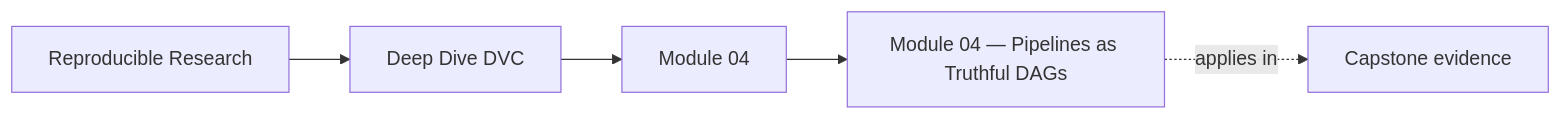
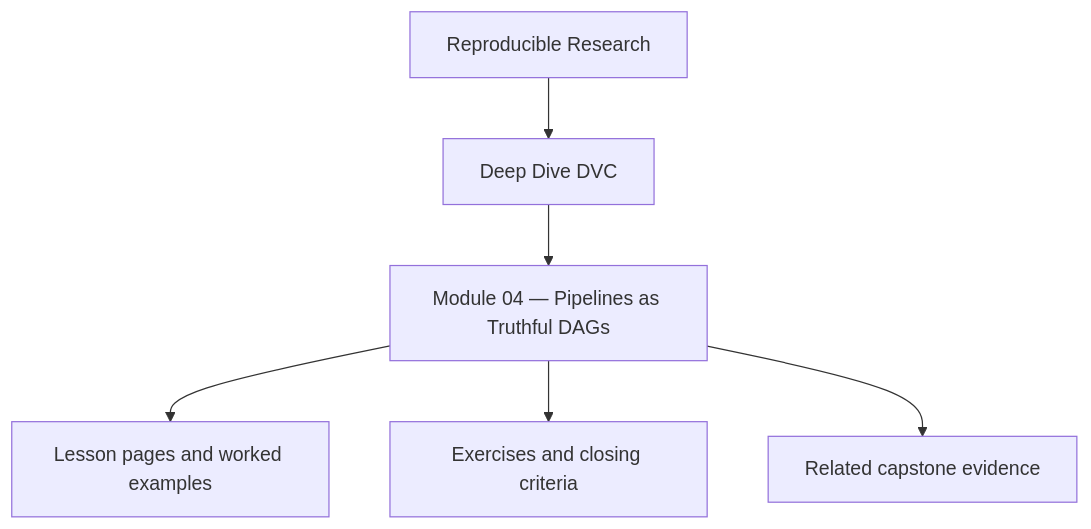
One commit to bijux/bijux-masterclass changed the first of 4 diagrams in programs/reproducible-research/deep-dive-dvc/course-book/module-04-pipelines-as-truthful-dags/index.md. Above: the diagram before and after it, drawn with Mermaid. The commit also changed other lines of this file and 10 other files, not shown here.

Commit message:
docs(deep-dive-dvc): reposition module overview diagrams

````diff
--- a/programs/reproducible-research/deep-dive-dvc/course-book/module-04-pipelines-as-truthful-dags/index.md
+++ b/programs/reproducible-research/deep-dive-dvc/course-book/module-04-pipelines-as-truthful-dags/index.md
@@ -7,11 +7,8 @@
 ```mermaid
-graph LR
-  family["Reproducible Research"]
-  program["Deep Dive DVC"]
-  section["Module 04"]
-  page["Module 04 — Pipelines as Truthful DAGs"]
-  capstone["Capstone evidence"]
-
-  family --> program --> section --> page
-  page -.applies in.-> capstone
+flowchart TD
+  family["Reproducible Research"] --> program["Deep Dive DVC"]
+  program --> module["Module 04 — Pipelines as Truthful DAGs"]
+  module --> lessons["Lesson pages and worked examples"]
+  module --> checkpoints["Exercises and closing criteria"]
+  module --> capstone["Related capstone evidence"]
 ```
````
